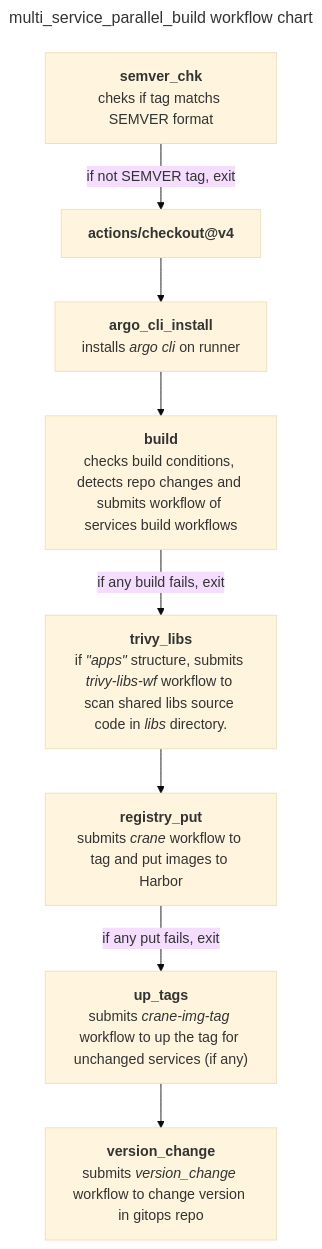
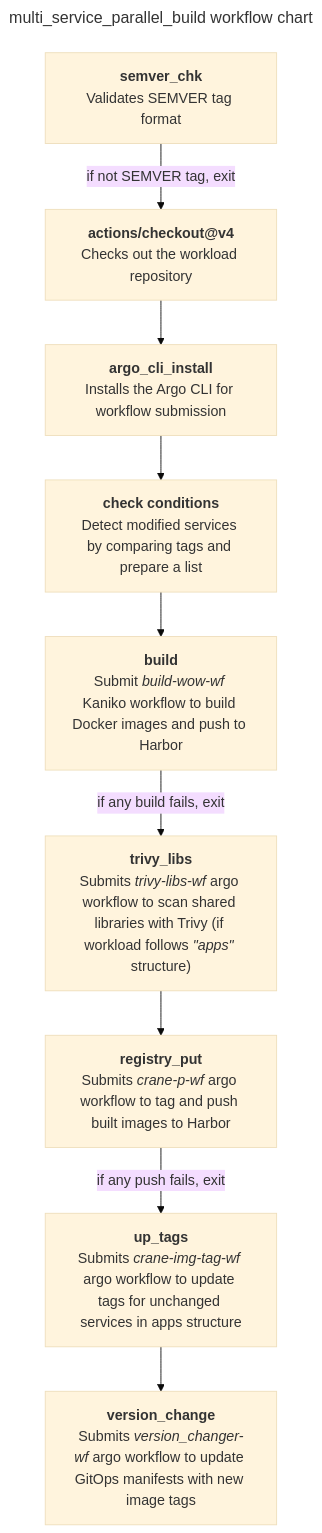
Before and after one commit to CloudGeometry/cg-devx-docs: the diagram in docs/developers_guide/ci/github_action_workflow.md, drawn with Mermaid (base theme). The commit also changed other lines of this file, not shown here.

````diff
--- a/docs/developers_guide/ci/github_action_workflow.md
+++ b/docs/developers_guide/ci/github_action_workflow.md
@@ -38,28 +25,33 @@
 ```mermaid
 ---
-title: multi_service_parallel_build  workflow chart
+title: multi_service_parallel_build workflow chart
 ---
 flowchart 
 n1["`**semver_chk**`"
-cheks if tag matchs SEMVER format
+Validates SEMVER tag format
 ]--if not SEMVER tag, exit-->
 n2["`**actions/checkout@v4**`"
+Checks out the workload repository
 ]-->
 n3["`**argo_cli_install**
-installs _argo cli_  on runner`"]-->
-n4["`**build**`"
-checks build conditions, detects repo changes and submits workflow of services build workflows 
+Installs the Argo CLI for workflow submission
+`"]-->
+n4["`**check conditions**
+Detect modified services by comparing tags and prepare a list
+`"]-->
+n5["`**build**`"
+Submit _build-wow-wf_ Kaniko workflow to build Docker images and push to Harbor
 ]-- if any build fails, exit -->
-n41["`**trivy_libs**
-    if _#quot;apps#quot;_ structure, submits _trivy-libs-wf_ workflow to scan shared libs source code in _libs_ directory. 
+n6["`**trivy_libs**
+Submits _trivy-libs-wf_ argo workflow to scan shared libraries with Trivy (if workload follows _#quot;apps#quot;_ structure)
 `"]-->
-n5["`**registry_put**
-submits _crane_ workflow to tag and put images to Harbor`"
-]-- if any put fails, exit -->
-n6["`**up_tags**
-submits _crane-img-tag_ workflow to up the tag for unchanged services (if any)
+n7["`**registry_put**
+Submits _crane-p-wf_ argo workflow to tag and push built images to Harbor
+`"]-- if any push fails, exit -->
+n8["`**up_tags**
+Submits _crane-img-tag-wf_ argo workflow to update tags for unchanged services in apps structure
 `"]-->
-n7["`**version_change**
-submits _version_change_ workflow to change version in gitops repo
+n9["`**version_change**
+Submits _version_changer-wf_ argo workflow to update GitOps manifests with new image tags
 `"]
 ```
````
